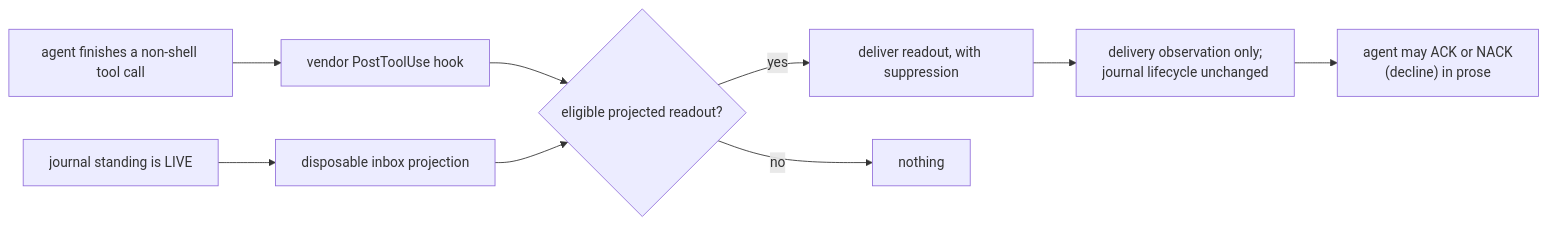
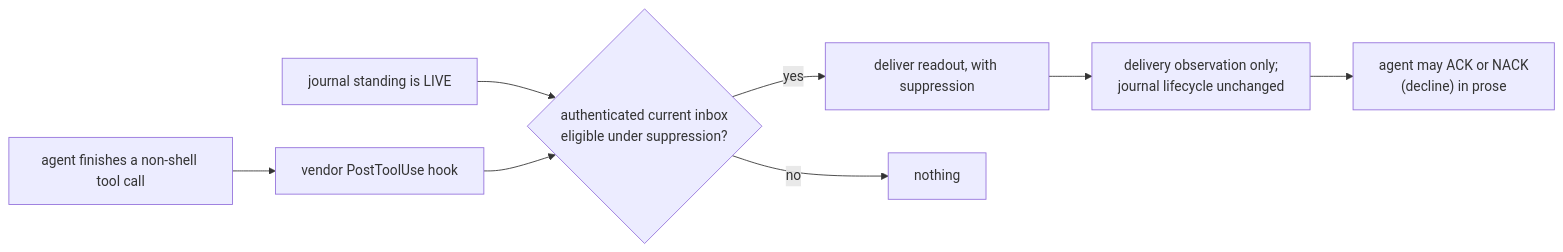
Before and after one commit to infimalabs/spice-rust: the fourth of 9 diagrams in docs/product/planes/hooks.md, drawn with Mermaid. The commit also changed other lines of this file and 95 other files, not shown here.

````diff
--- a/docs/product/planes/hooks.md
+++ b/docs/product/planes/hooks.md
@@ -72,11 +72,10 @@
 ```mermaid
 flowchart LR
   T["agent finishes a non-shell tool call"] --> H["vendor PostToolUse hook"]
-  J["journal standing is LIVE"] --> Q["disposable inbox projection"]
-  H --> P{"eligible projected readout?"}
-  Q --> P
+  J["journal standing is LIVE"] --> P{"authenticated current inbox<br/>eligible under suppression?"}
+  H --> P
   P -- yes --> R["deliver readout, with suppression"]
   P -- no --> N["nothing"]
   R --> O["delivery observation only;<br/>journal lifecycle unchanged"]
   O --> A["agent may ACK or NACK<br/>(decline) in prose"]
 ```
````
